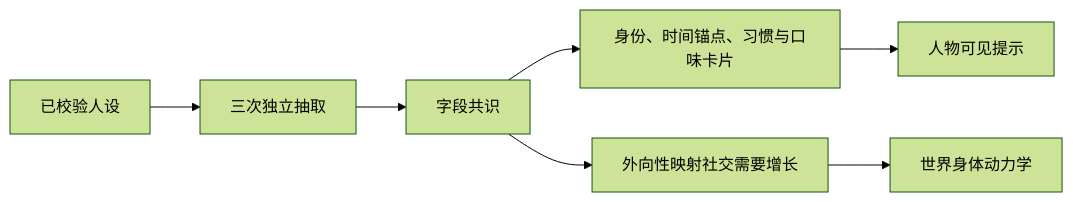
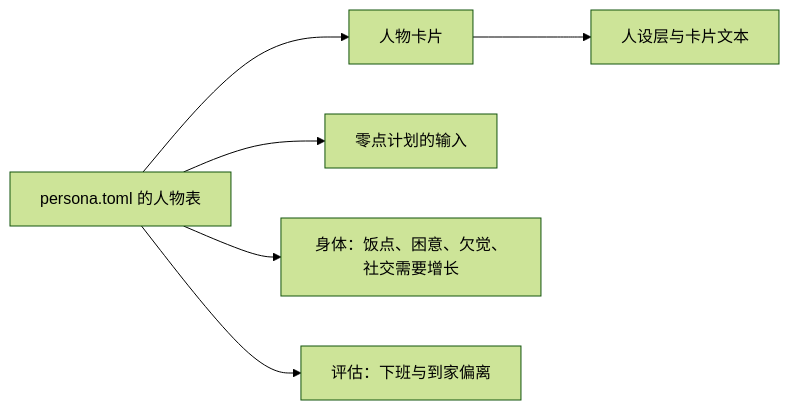
The first of 2 diagrams in docs/design/06-agent.md (HoldThatThgt/WorldMock), drawn with Mermaid (forest theme) before and after one commit. The commit also changed other lines of this file and 8 other files, not shown here.

First line of the commit message:
docs(design): the dataset fills the persona card and the rhythm plausibility checks are gone

````diff
--- a/docs/design/06-agent.md
+++ b/docs/design/06-agent.md
@@ -8,9 +10,8 @@
 ```mermaid
 flowchart LR
-    Story[已校验人设] --> Extract[三次独立抽取]
-    Extract --> Consensus[字段共识]
-    Consensus --> Card[身份、时间锚点、习惯与口味卡片]
-    Consensus --> Dynamics[外向性映射社交需要增长]
-    Card --> Prompt[人物可见提示]
-    Dynamics --> World[世界身体动力学]
+    Table[persona.toml 的人物表] --> Card[人物卡片]
+    Card --> Layer[人设层与卡片文本]
+    Table --> Plan[零点计划的输入]
+    Table --> Body[身体：饭点、困意、欠觉、社交需要增长]
+    Table --> Evaluation[评估：下班与到家偏离]
 ```
````
